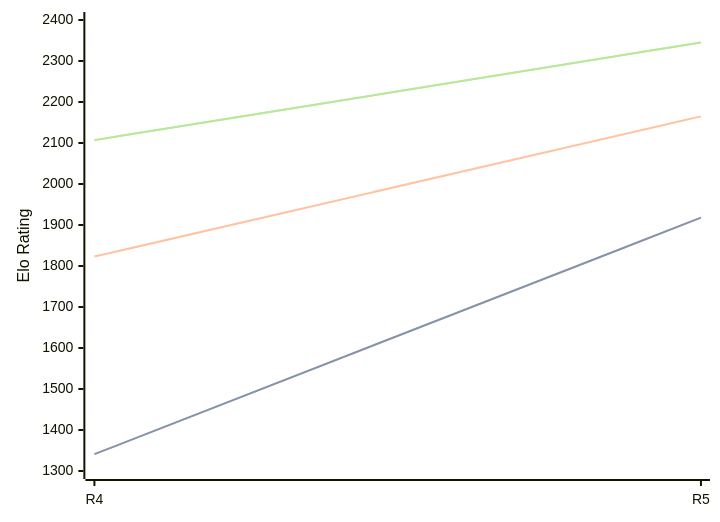
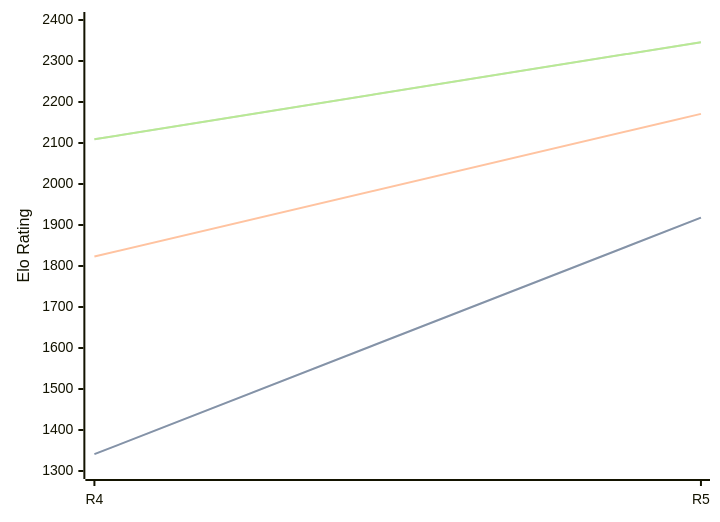
Before and after one commit to computer-chess-index/cci: the third of 3 diagrams in engines/Viking.md, drawn with Mermaid. The commit also changed other lines of this file, not shown here.

Commit message:
Update CCI Ratings (ELO VLTC) - 2026-06-30

````diff
--- a/engines/Viking.md
+++ b/engines/Viking.md
@@ -68,11 +68,11 @@
 ```mermaid
 %%{init: {"theme":"base","themeVariables":{"seriesColors:['#a3a3a3','#222221','#faa371']}}}%%
 xychart-beta
   x-axis ["R4", "R5"]
   y-axis "Elo Rating" 1300 --> 2400
   line "STC (8.0+0.08s)" [1341, 1918]
   line "STC (8.0+0.08s)" [1341, 1918]
-  line "LTC (60.0+0.60s)" [1823, 2165]
-  line "VLTC (2m24s+1.12s)" [2107, 2345]
-  line "VLTC (2m24s+1.12s)" [2107, 2345]
+  line "LTC (60.0+0.60s)" [1823, 2171]
+  line "VLTC (2m24s+1.12s)" [2109, 2346]
+  line "VLTC (2m24s+1.12s)" [2109, 2346]
 ```
````
